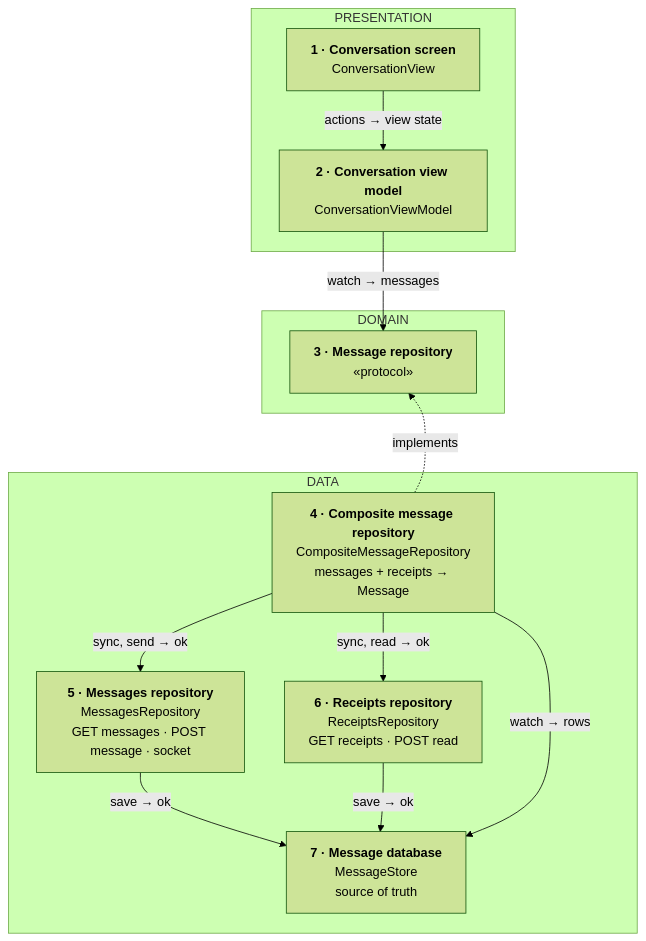
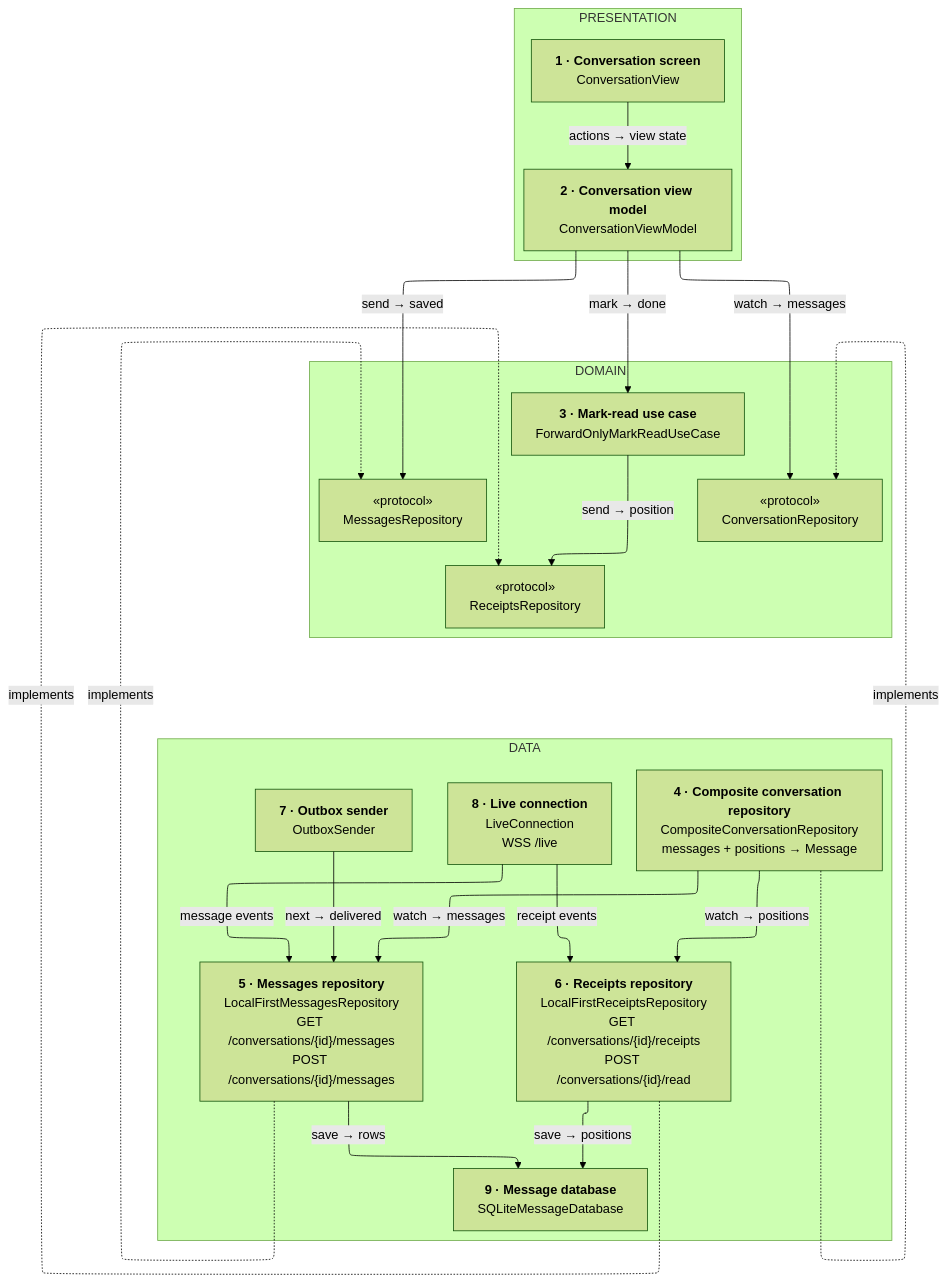
One commit to rezabina86/reference-desk changed the first of 5 diagrams in topics/system-design/03-chat-client.md. Above: the diagram before and after it, drawn with Mermaid (forest theme). The commit also changed other lines of this file and 19 other files, not shown here.

````diff
--- a/topics/system-design/03-chat-client.md
+++ b/topics/system-design/03-chat-client.md
@@ -128,37 +138,67 @@
 ```mermaid
+---
+config:
+  layout: elk
+---
 flowchart TB
   subgraph P["PRESENTATION"]
     View["`**1 · Conversation screen**
 ConversationView`"] -- "actions → view state" --> VM["`**2 · Conversation view model**
 ConversationViewModel`"]
   end
   subgraph D["DOMAIN"]
-    Repo["`**3 · Message repository**
-«protocol»`"]
+    Mark["`**3 · Mark-read use case**
+ForwardOnlyMarkReadUseCase`"]
+    Conv["`«protocol»
+ConversationRepository`"]
+    MsgP["`«protocol»
+MessagesRepository`"]
+    RcpP["`«protocol»
+ReceiptsRepository`"]
   end
   subgraph DA["DATA"]
-    Comp["`**4 · Composite message repository**
-CompositeMessageRepository
-messages + receipts → Message`"]
+    Comp["`**4 · Composite conversation repository**
+CompositeConversationRepository
+messages + positions → Message`"]
+    Out["`**7 · Outbox sender**
+OutboxSender`"]
+    Live["`**8 · Live connection**
+LiveConnection
+WSS /live`"]
     Msgs["`**5 · Messages repository**
-MessagesRepository
-GET messages · POST message · socket`"]
-    Rcpts["`**6 · Receipts repository**
-ReceiptsRepository
-GET receipts · POST read`"]
-    DB["`**7 · Message database**
-MessageStore
-source of truth`"]
+LocalFirstMessagesRepository
+GET /conversations/{id}/messages
+POST /conversations/{id}/messages`"]
+    Rcps["`**6 · Receipts repository**
+LocalFirstReceiptsRepository
+GET /conversations/{id}/receipts
+POST /conversations/{id}/read`"]
+    DB["`**9 · Message database**
+SQLiteMessageDatabase`"]
   end
-  VM -- "watch → messages" --> Repo
-  Repo ~~~ Comp
-  Comp -. "implements" .-> Repo
-  Comp -- "sync, send → ok" --> Msgs
-  Comp -- "sync, read → ok" --> Rcpts
-  Msgs -- "save → ok" --> DB
-  Rcpts -- "save → ok" --> DB
-  Comp -- "watch → rows" --> DB
+  VM -- "send → saved" --> MsgP
+  MsgP ~~~ Msgs
+  Msgs -. "implements" .-> MsgP
+  MsgP ~~~ Out
+  VM -- "watch → messages" --> Conv
+  Conv ~~~ Comp
+  Comp -. "implements" .-> Conv
+  VM -- "mark → done" --> Mark
+  Mark ~~~ Conv
+  Mark ~~~ MsgP
+  Mark -- "send → position" --> RcpP
+  RcpP ~~~ Rcps
+  Rcps -. "implements" .-> RcpP
+  RcpP ~~~ Live
+  Comp -- "watch → messages" --> Msgs
+  Comp -- "watch → positions" --> Rcps
+  Out -- "next → delivered" --> Msgs
+  Live -- "message events" --> Msgs
+  Live -- "receipt events" --> Rcps
+  Msgs -- "save → rows" --> DB
+  Rcps -- "save → positions" --> DB
   class View,VM pres
-  class Repo dom
-  class Comp,Msgs,Rcpts,DB data
+  class Mark,Conv,MsgP,RcpP dom
+  class Comp,Out,Msgs,Rcps,DB data
+  class Live net
 ```
````
